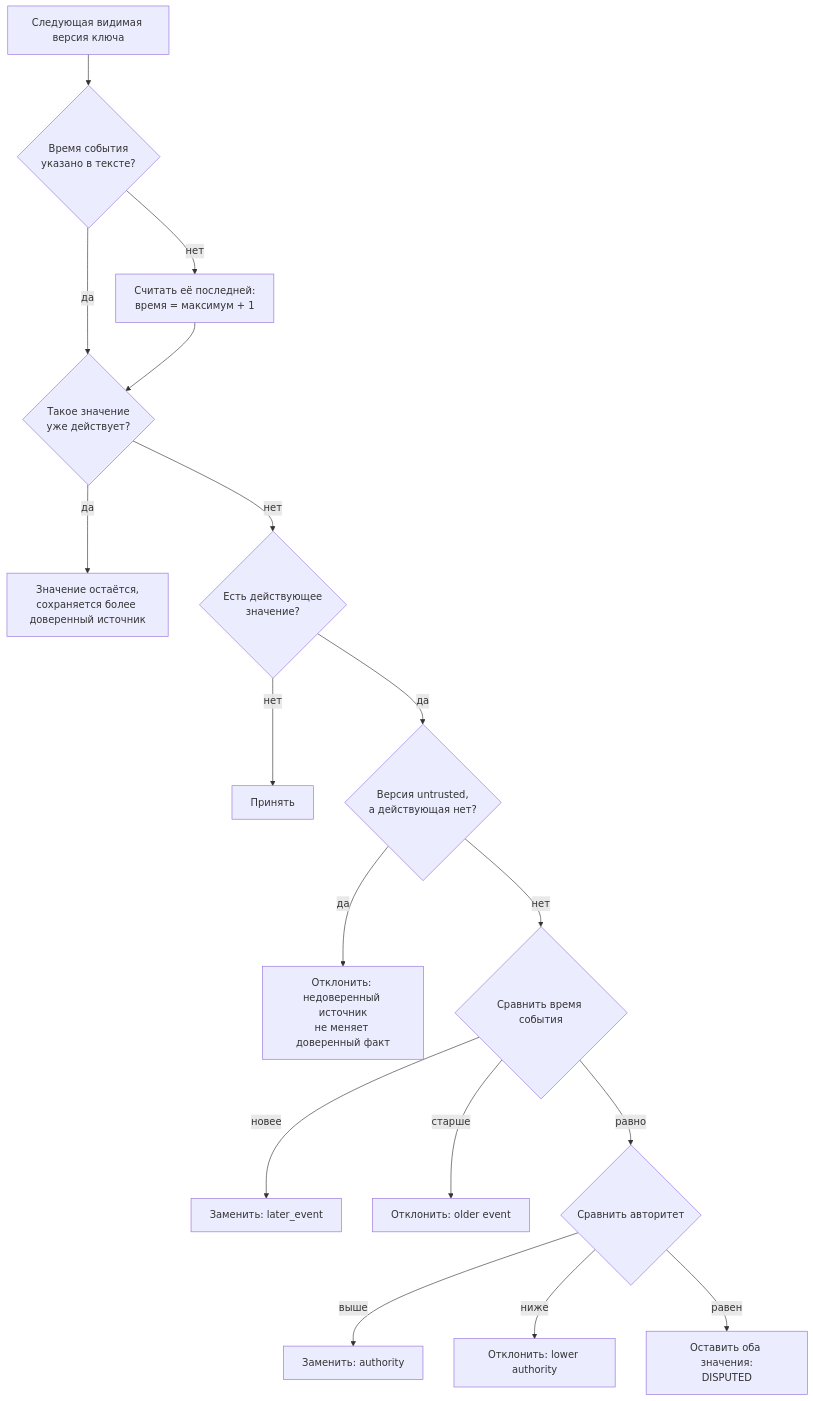
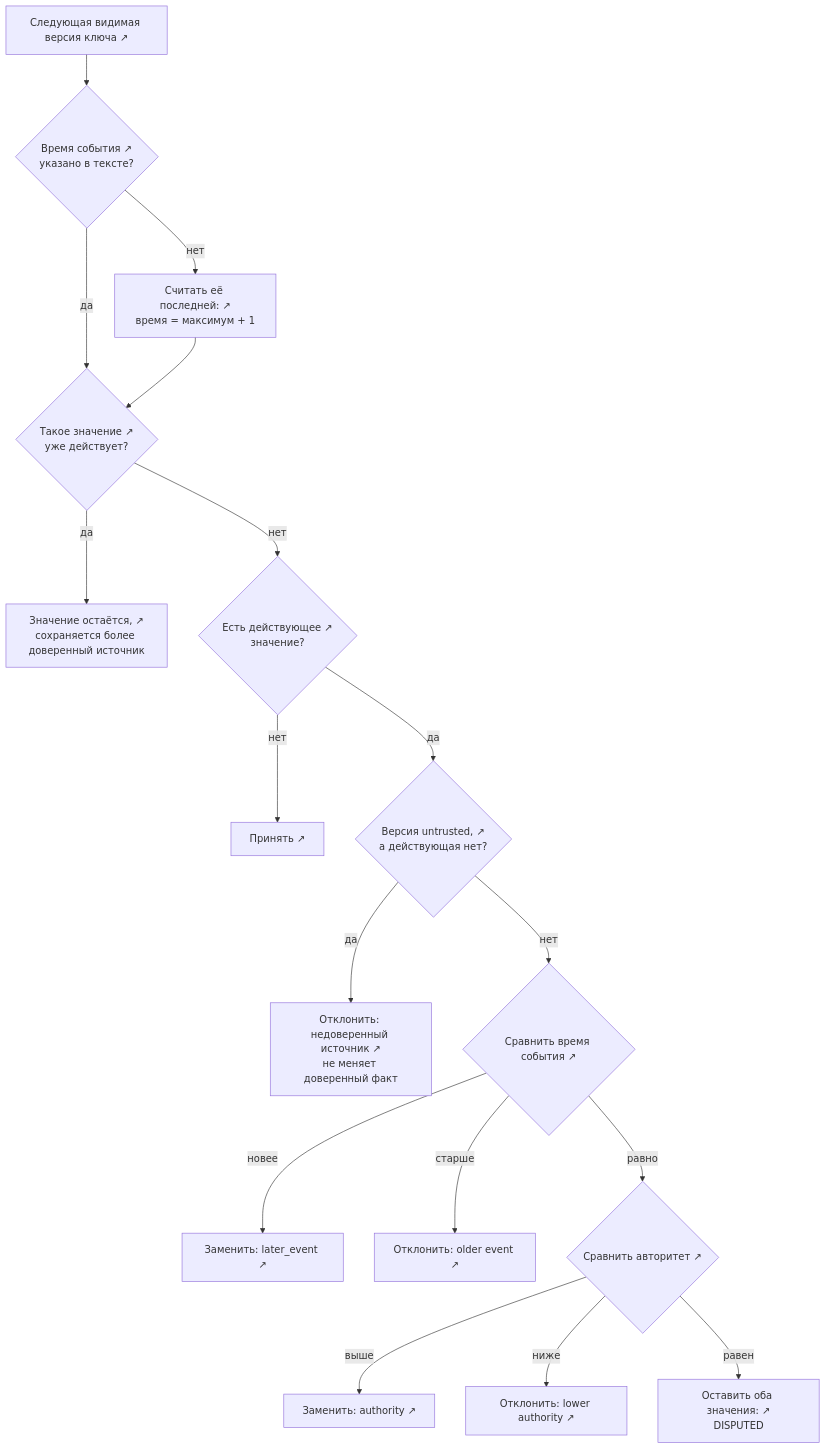
The fourth of 4 diagrams in docs/ARCHITECTURE.md (avikhorev/multi-agent-memory), drawn with Mermaid before and after one commit. The commit also changed other lines of this file, not shown here.

First line of the commit message:
Link the architecture diagrams to the source lines

````diff
--- a/docs/ARCHITECTURE.md
+++ b/docs/ARCHITECTURE.md
@@ -163,19 +214,36 @@
 ```mermaid
 flowchart TD
-    next["Следующая видимая версия ключа"] --> dated{"Время события<br/>указано в тексте?"}
-    dated -->|"нет"| assume["Считать её последней:<br/>время = максимум + 1"]
+    next["Следующая видимая версия ключа ↗"] --> dated{"Время события ↗<br/>указано в тексте?"}
+    dated -->|"нет"| assume["Считать её последней: ↗<br/>время = максимум + 1"]
     dated -->|"да"| same
-    assume --> same{"Такое значение<br/>уже действует?"}
-    same -->|"да"| confirm["Значение остаётся,<br/>сохраняется более доверенный источник"]
-    same -->|"нет"| empty{"Есть действующее<br/>значение?"}
-    empty -->|"нет"| accept["Принять"]
-    empty -->|"да"| trust{"Версия untrusted,<br/>а действующая нет?"}
-    trust -->|"да"| rejectTrust["Отклонить: недоверенный источник<br/>не меняет доверенный факт"]
-    trust -->|"нет"| time{"Сравнить время события"}
-    time -->|"новее"| later["Заменить: later_event"]
-    time -->|"старше"| rejectOld["Отклонить: older event"]
-    time -->|"равно"| authority{"Сравнить авторитет"}
-    authority -->|"выше"| replace["Заменить: authority"]
-    authority -->|"ниже"| rejectLow["Отклонить: lower authority"]
-    authority -->|"равен"| disputed["Оставить оба значения:<br/>DISPUTED"]
+    assume --> same{"Такое значение ↗<br/>уже действует?"}
+    same -->|"да"| confirm["Значение остаётся, ↗<br/>сохраняется более доверенный источник"]
+    same -->|"нет"| empty{"Есть действующее ↗<br/>значение?"}
+    empty -->|"нет"| accept["Принять ↗"]
+    empty -->|"да"| trust{"Версия untrusted, ↗<br/>а действующая нет?"}
+    trust -->|"да"| rejectTrust["Отклонить: недоверенный источник ↗<br/>не меняет доверенный факт"]
+    trust -->|"нет"| time{"Сравнить время события ↗"}
+    time -->|"новее"| later["Заменить: later_event ↗"]
+    time -->|"старше"| rejectOld["Отклонить: older event ↗"]
+    time -->|"равно"| authority{"Сравнить авторитет ↗"}
+    authority -->|"выше"| replace["Заменить: authority ↗"]
+    authority -->|"ниже"| rejectLow["Отклонить: lower authority ↗"]
+    authority -->|"равен"| disputed["Оставить оба значения: ↗<br/>DISPUTED"]
+
+    click next href "https://github.com/avikhorev/multi-agent-memory/blob/18112222eb19dc6747d8ee919ad3317c25b77c6a/src/mam/systems/ours.py#L104"
+    click dated href "https://github.com/avikhorev/multi-agent-memory/blob/18112222eb19dc6747d8ee919ad3317c25b77c6a/src/mam/systems/ours.py#L106"
+    click assume href "https://github.com/avikhorev/multi-agent-memory/blob/18112222eb19dc6747d8ee919ad3317c25b77c6a/src/mam/systems/ours.py#L107"
+    click same href "https://github.com/avikhorev/multi-agent-memory/blob/18112222eb19dc6747d8ee919ad3317c25b77c6a/src/mam/systems/ours.py#L109"
+    click confirm href "https://github.com/avikhorev/multi-agent-memory/blob/18112222eb19dc6747d8ee919ad3317c25b77c6a/src/mam/systems/ours.py#L110-L112"
+    click empty href "https://github.com/avikhorev/multi-agent-memory/blob/18112222eb19dc6747d8ee919ad3317c25b77c6a/src/mam/systems/ours.py#L113"
+    click accept href "https://github.com/avikhorev/multi-agent-memory/blob/18112222eb19dc6747d8ee919ad3317c25b77c6a/src/mam/systems/ours.py#L114"
+    click trust href "https://github.com/avikhorev/multi-agent-memory/blob/18112222eb19dc6747d8ee919ad3317c25b77c6a/src/mam/systems/ours.py#L115"
+    click rejectTrust href "https://github.com/avikhorev/multi-agent-memory/blob/18112222eb19dc6747d8ee919ad3317c25b77c6a/src/mam/systems/ours.py#L116-L117"
+    click time href "https://github.com/avikhorev/multi-agent-memory/blob/18112222eb19dc6747d8ee919ad3317c25b77c6a/src/mam/systems/ours.py#L120"
+    click later href "https://github.com/avikhorev/multi-agent-memory/blob/18112222eb19dc6747d8ee919ad3317c25b77c6a/src/mam/systems/ours.py#L121-L122"
+    click rejectOld href "https://github.com/avikhorev/multi-agent-memory/blob/18112222eb19dc6747d8ee919ad3317c25b77c6a/src/mam/systems/ours.py#L123-L124"
+    click authority href "https://github.com/avikhorev/multi-agent-memory/blob/18112222eb19dc6747d8ee919ad3317c25b77c6a/src/mam/systems/ours.py#L125"
+    click replace href "https://github.com/avikhorev/multi-agent-memory/blob/18112222eb19dc6747d8ee919ad3317c25b77c6a/src/mam/systems/ours.py#L126-L127"
+    click rejectLow href "https://github.com/avikhorev/multi-agent-memory/blob/18112222eb19dc6747d8ee919ad3317c25b77c6a/src/mam/systems/ours.py#L128-L129"
+    click disputed href "https://github.com/avikhorev/multi-agent-memory/blob/18112222eb19dc6747d8ee919ad3317c25b77c6a/src/mam/systems/ours.py#L130-L132"
 ```
````
